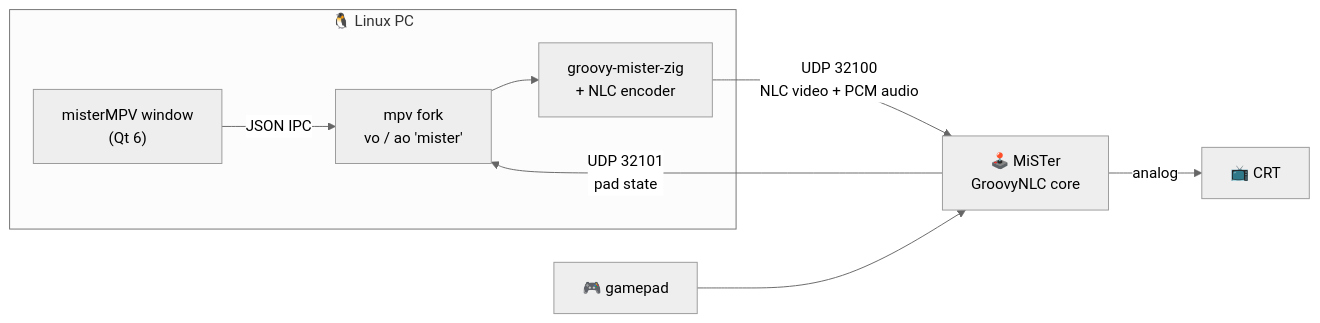
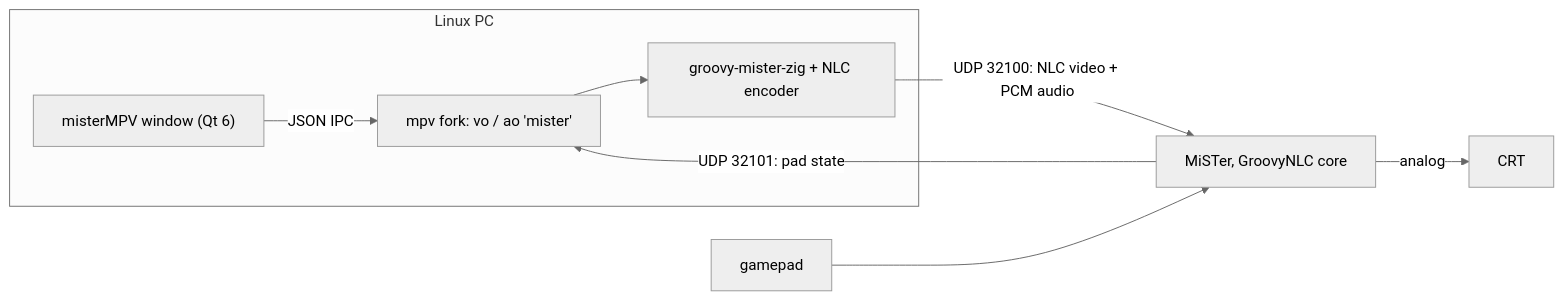
The diagram in README.md (tdslaine/MisterMPV), drawn with Mermaid (neutral theme) before and after one commit. The commit also changed other lines of this file and 1 other file, not shown here.

````diff
--- a/README.md
+++ b/README.md
@@ -151,11 +165,11 @@
 ```mermaid
 flowchart LR
-  subgraph PC["🐧 Linux PC"]
-    UI["misterMPV window<br/>(Qt 6)"] -- "JSON IPC" --> MPV["mpv fork<br/>vo / ao 'mister'"]
-    MPV --> LIB["groovy-mister-zig<br/>+ NLC encoder"]
+  subgraph PC["Linux PC"]
+    UI["misterMPV window (Qt 6)"] -- "JSON IPC" --> MPV["mpv fork: vo / ao 'mister'"]
+    MPV --> LIB["groovy-mister-zig + NLC encoder"]
   end
-  LIB -- "UDP 32100<br/>NLC video + PCM audio" --> CORE["🕹️ MiSTer<br/>GroovyNLC core"]
-  CORE -- "analog" --> CRT["📺 CRT"]
-  PAD["🎮 gamepad"] --> CORE
-  CORE -- "UDP 32101<br/>pad state" --> MPV
+  LIB -- "UDP 32100: NLC video + PCM audio" --> CORE["MiSTer, GroovyNLC core"]
+  CORE -- "analog" --> CRT["CRT"]
+  PAD["gamepad"] --> CORE
+  CORE -- "UDP 32101: pad state" --> MPV
 ```
````
